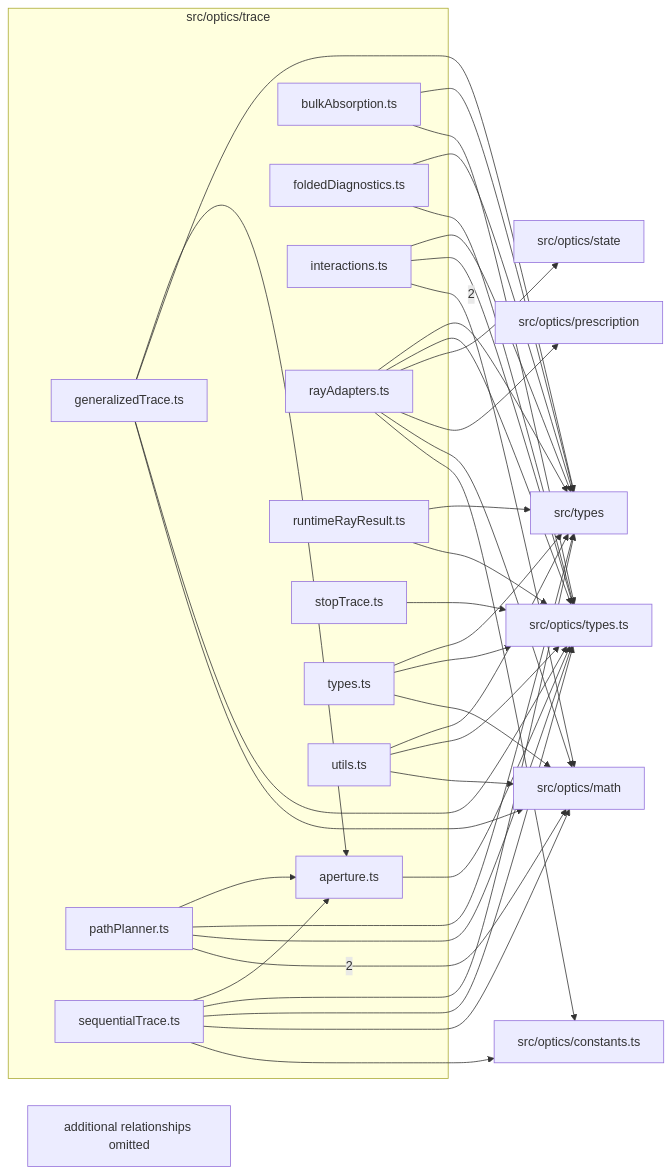
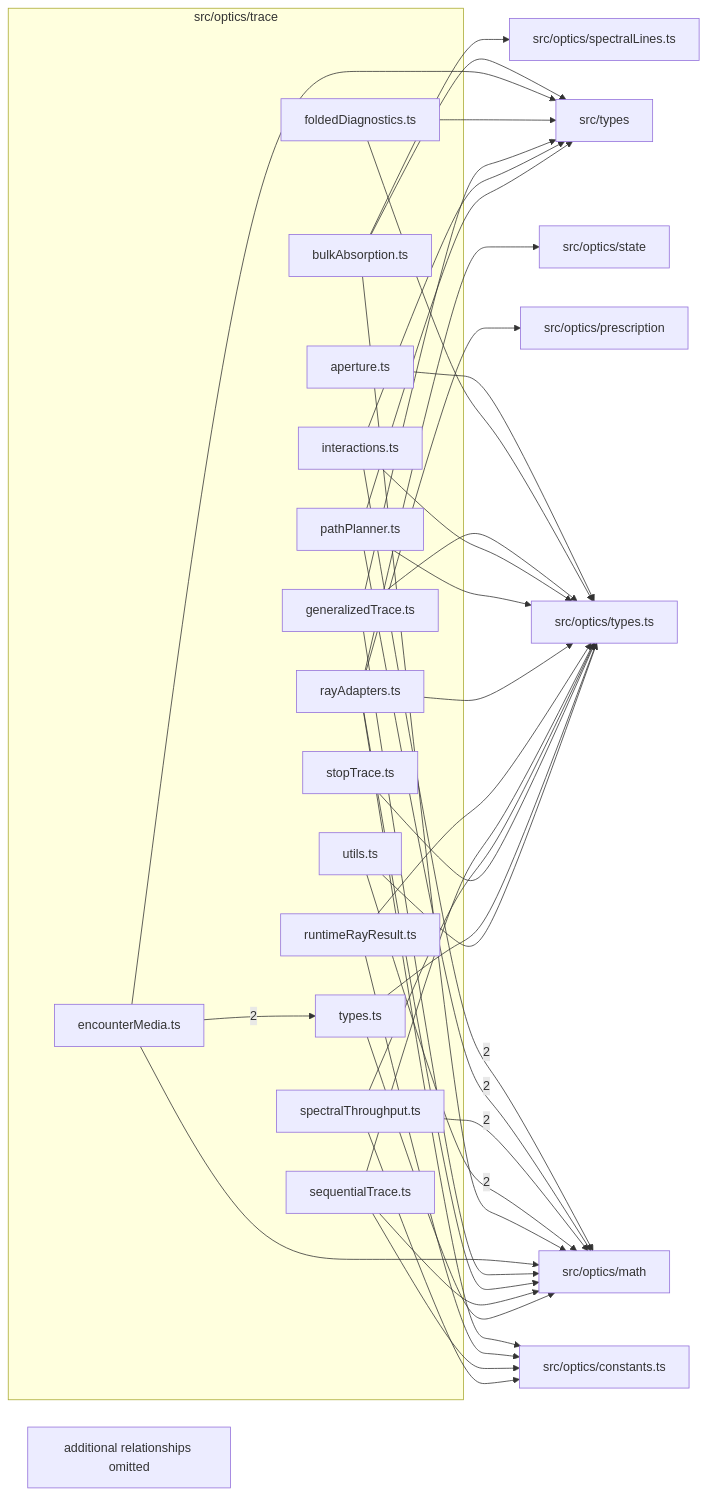
The diagram in src/optics/trace/readme.md (ronbuening/LensVisualizer), drawn with Mermaid before and after one commit. The commit also changed other lines of this file and 26 other files, not shown here.

Commit message:
feat(optics): add sourced spectral throughput and encounter-aware losses

````diff
--- a/src/optics/trace/readme.md
+++ b/src/optics/trace/readme.md
@@ -9,60 +9,63 @@
 ```mermaid
 flowchart LR
   subgraph n_src_optics_trace["src/optics/trace"]
     n_src_optics_trace_src_optics_trace_aperture_ts["aperture.ts"]
     n_src_optics_trace_src_optics_trace_bulkAbsorption_ts["bulkAbsorption.ts"]
+    n_src_optics_trace_src_optics_trace_encounterMedia_ts["encounterMedia.ts"]
     n_src_optics_trace_src_optics_trace_foldedDiagnostics_ts["foldedDiagnostics.ts"]
     n_src_optics_trace_src_optics_trace_generalizedTrace_ts["generalizedTrace.ts"]
     n_src_optics_trace_src_optics_trace_interactions_ts["interactions.ts"]
     n_src_optics_trace_src_optics_trace_pathPlanner_ts["pathPlanner.ts"]
     n_src_optics_trace_src_optics_trace_rayAdapters_ts["rayAdapters.ts"]
     n_src_optics_trace_src_optics_trace_runtimeRayResult_ts["runtimeRayResult.ts"]
     n_src_optics_trace_src_optics_trace_sequentialTrace_ts["sequentialTrace.ts"]
+    n_src_optics_trace_src_optics_trace_spectralThroughput_ts["spectralThroughput.ts"]
     n_src_optics_trace_src_optics_trace_stopTrace_ts["stopTrace.ts"]
     n_src_optics_trace_src_optics_trace_types_ts["types.ts"]
     n_src_optics_trace_src_optics_trace_utils_ts["utils.ts"]
   end
   n_external_src_optics_math["src/optics/math"]
   n_external_src_optics_constants_ts["src/optics/constants.ts"]
   n_external_src_optics_prescription["src/optics/prescription"]
+  n_external_src_optics_spectralLines_ts["src/optics/spectralLines.ts"]
   n_external_src_optics_state["src/optics/state"]
   n_external_src_optics_types_ts["src/optics/types.ts"]
   n_external_src_types["src/types"]
   n_src_optics_trace_src_optics_trace_interactions_ts --> |2| n_external_src_optics_math
   n_src_optics_trace_src_optics_trace_pathPlanner_ts --> |2| n_external_src_optics_math
+  n_src_optics_trace_src_optics_trace_spectralThroughput_ts --> |2| n_external_src_optics_math
+  n_src_optics_trace_src_optics_trace_utils_ts --> |2| n_external_src_optics_math
+  n_src_optics_trace_src_optics_trace_encounterMedia_ts --> |2| n_src_optics_trace_src_optics_trace_types_ts
   n_src_optics_trace_src_optics_trace_rayAdapters_ts --> n_external_src_optics_constants_ts
+  n_src_optics_trace_src_optics_trace_runtimeRayResult_ts --> n_external_src_optics_constants_ts
   n_src_optics_trace_src_optics_trace_sequentialTrace_ts --> n_external_src_optics_constants_ts
+  n_src_optics_trace_src_optics_trace_spectralThroughput_ts --> n_external_src_optics_constants_ts
+  n_src_optics_trace_src_optics_trace_bulkAbsorption_ts --> n_external_src_optics_math
+  n_src_optics_trace_src_optics_trace_encounterMedia_ts --> n_external_src_optics_math
   n_src_optics_trace_src_optics_trace_generalizedTrace_ts --> n_external_src_optics_math
   n_src_optics_trace_src_optics_trace_rayAdapters_ts --> n_external_src_optics_math
   n_src_optics_trace_src_optics_trace_sequentialTrace_ts --> n_external_src_optics_math
   n_src_optics_trace_src_optics_trace_types_ts --> n_external_src_optics_math
-  n_src_optics_trace_src_optics_trace_utils_ts --> n_external_src_optics_math
   n_src_optics_trace_src_optics_trace_rayAdapters_ts --> n_external_src_optics_prescription
+  n_src_optics_trace_src_optics_trace_bulkAbsorption_ts --> n_external_src_optics_spectralLines_ts
   n_src_optics_trace_src_optics_trace_rayAdapters_ts --> n_external_src_optics_state
   n_src_optics_trace_src_optics_trace_aperture_ts --> n_external_src_optics_types_ts
-  n_src_optics_trace_src_optics_trace_bulkAbsorption_ts --> n_external_src_optics_types_ts
   n_src_optics_trace_src_optics_trace_foldedDiagnostics_ts --> n_external_src_optics_types_ts
   n_src_optics_trace_src_optics_trace_generalizedTrace_ts --> n_external_src_optics_types_ts
   n_src_optics_trace_src_optics_trace_interactions_ts --> n_external_src_optics_types_ts
   n_src_optics_trace_src_optics_trace_pathPlanner_ts --> n_external_src_optics_types_ts
   n_src_optics_trace_src_optics_trace_rayAdapters_ts --> n_external_src_optics_types_ts
   n_src_optics_trace_src_optics_trace_runtimeRayResult_ts --> n_external_src_optics_types_ts
   n_src_optics_trace_src_optics_trace_sequentialTrace_ts --> n_external_src_optics_types_ts
+  n_src_optics_trace_src_optics_trace_spectralThroughput_ts --> n_external_src_optics_types_ts
   n_src_optics_trace_src_optics_trace_stopTrace_ts --> n_external_src_optics_types_ts
   n_src_optics_trace_src_optics_trace_types_ts --> n_external_src_optics_types_ts
   n_src_optics_trace_src_optics_trace_utils_ts --> n_external_src_optics_types_ts
   n_src_optics_trace_src_optics_trace_bulkAbsorption_ts --> n_external_src_types
+  n_src_optics_trace_src_optics_trace_encounterMedia_ts --> n_external_src_types
   n_src_optics_trace_src_optics_trace_foldedDiagnostics_ts --> n_external_src_types
   n_src_optics_trace_src_optics_trace_generalizedTrace_ts --> n_external_src_types
   n_src_optics_trace_src_optics_trace_interactions_ts --> n_external_src_types
   n_src_optics_trace_src_optics_trace_pathPlanner_ts --> n_external_src_types
-  n_src_optics_trace_src_optics_trace_rayAdapters_ts --> n_external_src_types
-  n_src_optics_trace_src_optics_trace_runtimeRayResult_ts --> n_external_src_types
-  n_src_optics_trace_src_optics_trace_sequentialTrace_ts --> n_external_src_types
-  n_src_optics_trace_src_optics_trace_types_ts --> n_external_src_types
-  n_src_optics_trace_src_optics_trace_utils_ts --> n_external_src_types
-  n_src_optics_trace_src_optics_trace_generalizedTrace_ts --> n_src_optics_trace_src_optics_trace_aperture_ts
-  n_src_optics_trace_src_optics_trace_pathPlanner_ts --> n_src_optics_trace_src_optics_trace_aperture_ts
-  n_src_optics_trace_src_optics_trace_sequentialTrace_ts --> n_src_optics_trace_src_optics_trace_aperture_ts
   n_src_optics_trace_truncated["additional relationships omitted"]
 ```
````
